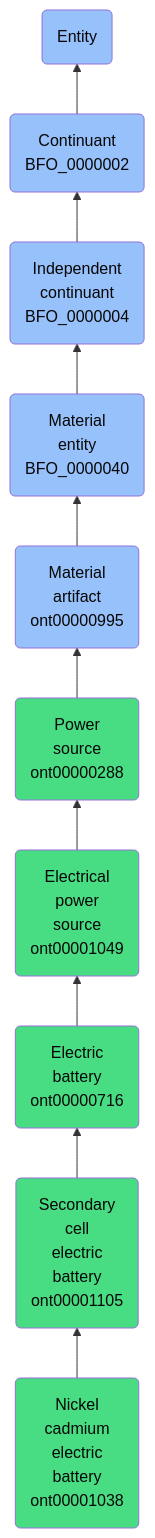
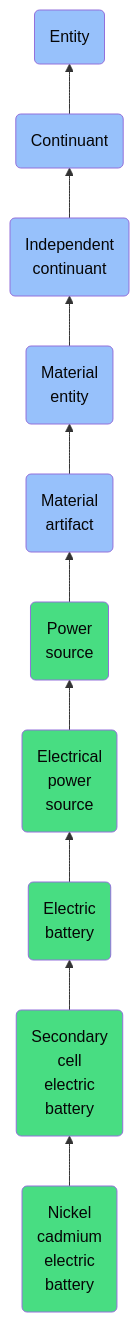
The diagram in docs/ontology/reference/model/Entity/Continuant/Independent continuant/Material entity/Material artifact/Power source/Electrical power source/Electric battery/Secondary cell electric battery/Nickel cadmium electric battery/Nickel cadmium electric battery.md (jupyter-naas/abi), drawn with Mermaid before and after one commit. The commit also changed other lines of this file and 1430 other files, not shown here.

````diff
--- a/docs/ontology/reference/model/Entity/Continuant/Independent continuant/Material entity/Material artifact/Power source/Electrical power source/Electric battery/Secondary cell electric battery/Nickel cadmium electric battery/Nickel cadmium electric battery.md
+++ b/docs/ontology/reference/model/Entity/Continuant/Independent continuant/Material entity/Material artifact/Power source/Electrical power source/Electric battery/Secondary cell electric battery/Nickel cadmium electric battery/Nickel cadmium electric battery.md
@@ -24,17 +24,17 @@
 ```mermaid
 graph BT
-    ont00001038(Nickel<br>cadmium<br>electric<br>battery<br>ont00001038):::ABI-->ont00001105
-    ont00001105(Secondary<br>cell<br>electric<br>battery<br>ont00001105):::ABI-->ont00000716
-    ont00000716(Electric<br>battery<br>ont00000716):::ABI-->ont00001049
-    ont00001049(Electrical<br>power<br>source<br>ont00001049):::ABI-->ont00000288
-    ont00000288(Power<br>source<br>ont00000288):::ABI-->ont00000995
-    ont00000995(Material<br>artifact<br>ont00000995):::BFO-->BFO_0000040
-    BFO_0000040(Material<br>entity<br>BFO_0000040):::BFO-->BFO_0000004
-    BFO_0000004(Independent<br>continuant<br>BFO_0000004):::BFO-->BFO_0000002
-    BFO_0000002(Continuant<br>BFO_0000002):::BFO-->BFO_0000001
+    ont00001038(Nickel<br>cadmium<br>electric<br>battery):::ABI-->ont00001105
+    ont00001105(Secondary<br>cell<br>electric<br>battery):::ABI-->ont00000716
+    ont00000716(Electric<br>battery):::ABI-->ont00001049
+    ont00001049(Electrical<br>power<br>source):::ABI-->ont00000288
+    ont00000288(Power<br>source):::ABI-->ont00000995
+    ont00000995(Material<br>artifact):::BFO-->BFO_0000040
+    BFO_0000040(Material<br>entity):::BFO-->BFO_0000004
+    BFO_0000004(Independent<br>continuant):::BFO-->BFO_0000002
+    BFO_0000002(Continuant):::BFO-->BFO_0000001
     BFO_0000001(Entity):::BFO
     
     classDef BFO fill:#97c1fb,color:#060606
     classDef CCO fill:#e4c51e,color:#060606
     classDef ABI fill:#48DD82,color:#060606
 ```
````
